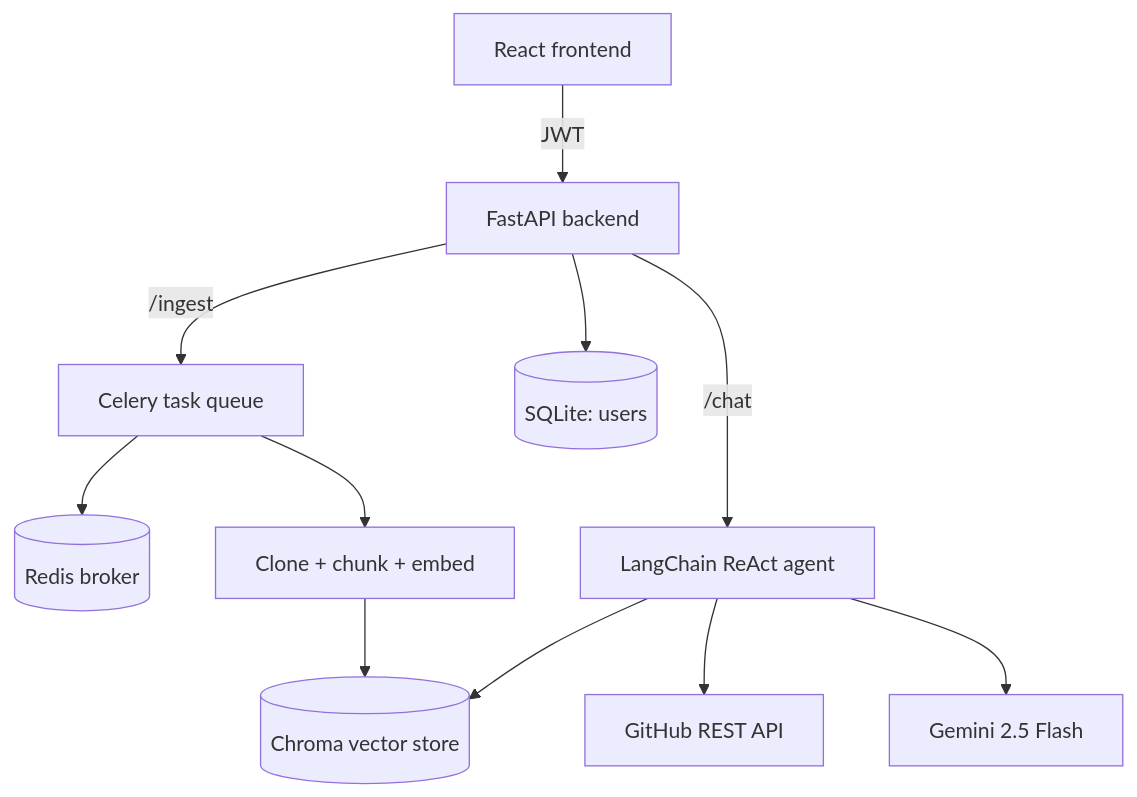
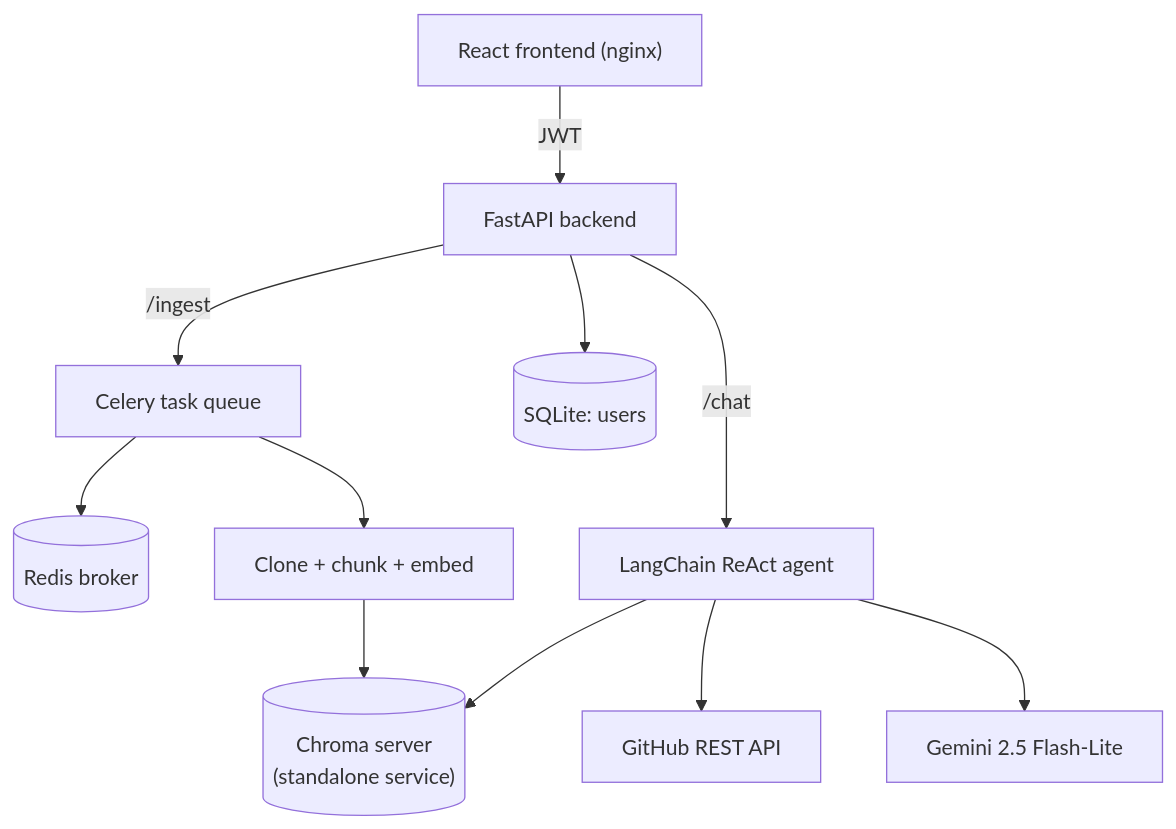
The diagram in README.md (PushkarOM/RepoSage), drawn with Mermaid before and after one commit. The commit also changed other lines of this file and 1 other file, not shown here.

Commit message:
docs: update README for Chroma-service architecture and EC2 deployment; remove dead config field

````diff
--- a/README.md
+++ b/README.md
@@ -41,13 +41,13 @@
 ```mermaid
 flowchart TD
-    UI["React frontend"] -->|JWT| API["FastAPI backend"]
+    UI["React frontend (nginx)"] -->|JWT| API["FastAPI backend"]
     API -->|"/ingest"| Queue["Celery task queue"]
     Queue --> Redis[("Redis broker")]
     Queue --> Clone["Clone + chunk + embed"]
-    Clone --> Chroma[("Chroma vector store")]
+    Clone --> Chroma[("Chroma server\n(standalone service)")]
     API -->|"/chat"| Agent["LangChain ReAct agent"]
     Agent --> Chroma
     Agent --> GitHubAPI["GitHub REST API"]
-    Agent --> Gemini["Gemini 2.5 Flash"]
+    Agent --> Gemini["Gemini 2.5 Flash-Lite"]
     API --> DB[("SQLite: users")]
 ```
````
